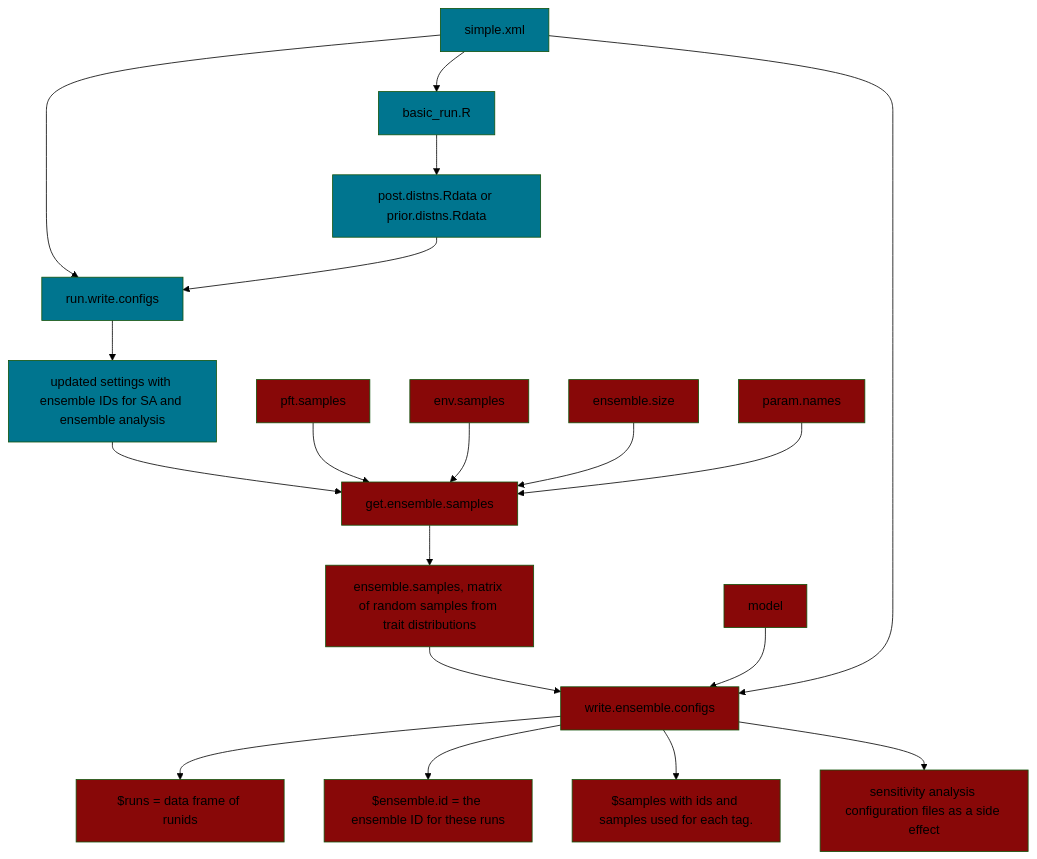
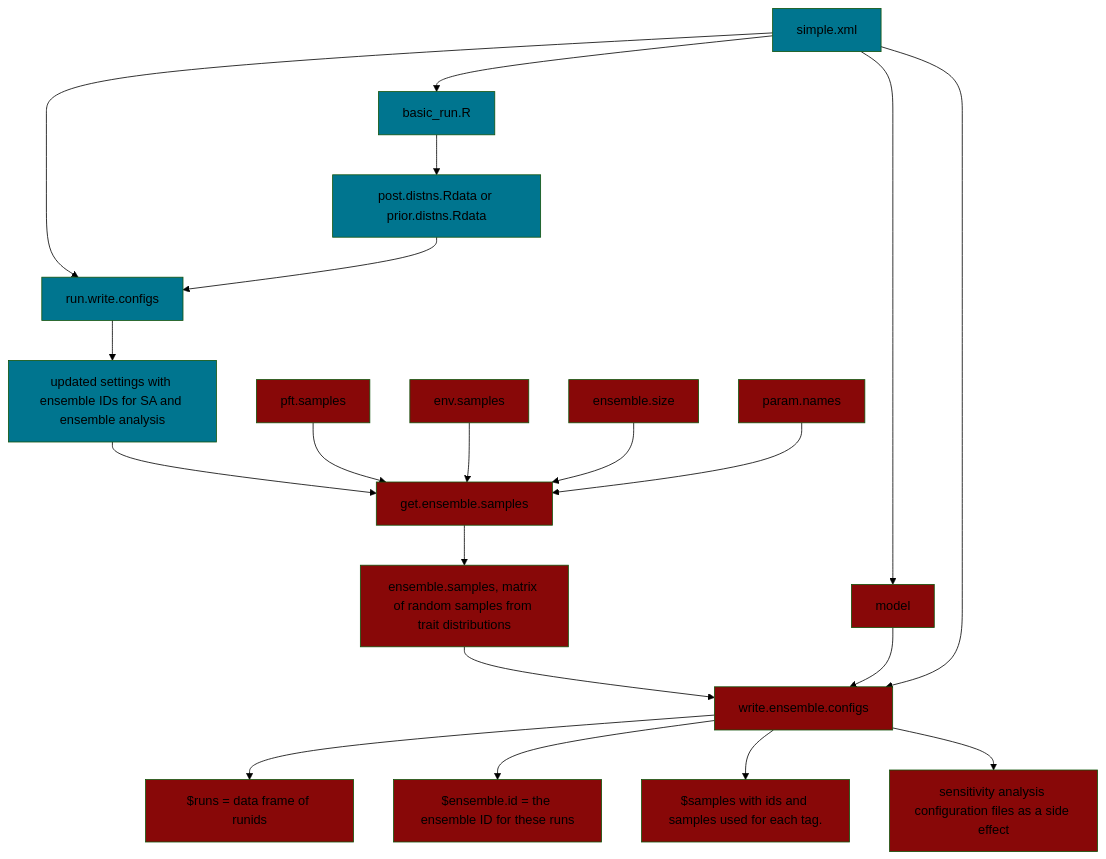
One commit to ecamo19/gsoc_project_2022_vm changed the diagram in README.md. Above: the diagram before and after it, drawn with Mermaid (forest theme).

````diff
--- a/README.md
+++ b/README.md
@@ -52,45 +52,46 @@
 ```mermaid
   graph TD;
       simple.xml-->run.write.configs;
       simple.xml-->basic_run.R;
+      simple.xml-->model;
       basic_run.R-->posterior.files[post.distns.Rdata or prior.distns.Rdata];
       posterior.files[post.distns.Rdata or prior.distns.Rdata]-->run.write.configs;
       run.write.configs-->output_1[updated settings with ensemble IDs for SA and ensemble analysis ];
       output_1[updated settings with ensemble IDs for SA and ensemble analysis]-->get.ensemble.samples;
       input_get_ensemble_1[pft.samples]-->get.ensemble.samples;
       input_get_ensemble_2[env.samples]-->get.ensemble.samples;
       input_get_ensemble_3[ensemble.size]-->get.ensemble.samples;
       input_get_ensemble_4[param.names]-->get.ensemble.samples;
       get.ensemble.samples--> output_get_ensemble[ensemble.samples, matrix of random samples from trait distributions];
       output_get_ensemble[ensemble.samples, matrix of random samples from trait distributions]-->write.ensemble.configs;
       model-->write.ensemble.configs;
       simple.xml-->write.ensemble.configs;
       write.ensemble.configs-->output_write_ensemble_1[$runs = data frame of runids];
       write.ensemble.configs-->output_write_ensemble_2[$ensemble.id = the ensemble ID for these runs];
       write.ensemble.configs-->output_write_ensemble_3[$samples with ids and samples used for each tag.];
       write.ensemble.configs-->output_write_ensemble_4[sensitivity analysis configuration files as a side effect];
       
       
      
       style basic_run.R fill:#00758f
       style output_1 fill:#00758f
       style run.write.configs fill:#00758f
       style simple.xml fill:#00758f
       style posterior.files fill:#00758f
       
       
   
       style input_get_ensemble_1 fill:#880808
       style input_get_ensemble_2 fill:#880808
       style input_get_ensemble_3 fill:#880808
       style input_get_ensemble_4 fill:#880808
       style get.ensemble.samples fill:#880808
       style output_get_ensemble  fill:#880808 
       style model fill:#880808 
       style write.ensemble.configs fill:#880808
       style output_write_ensemble_1 fill:#880808
       style output_write_ensemble_2 fill:#880808
       style output_write_ensemble_3 fill:#880808
       style output_write_ensemble_4 fill:#880808
       
 ```
````
